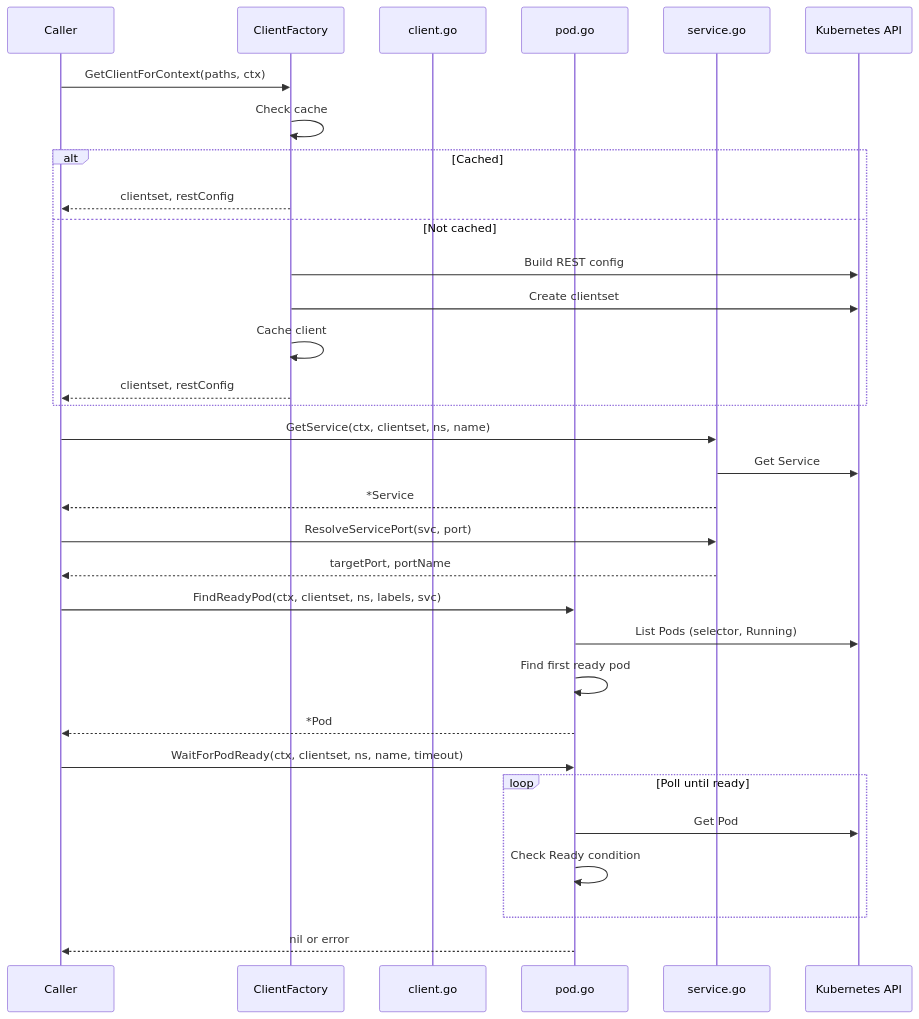
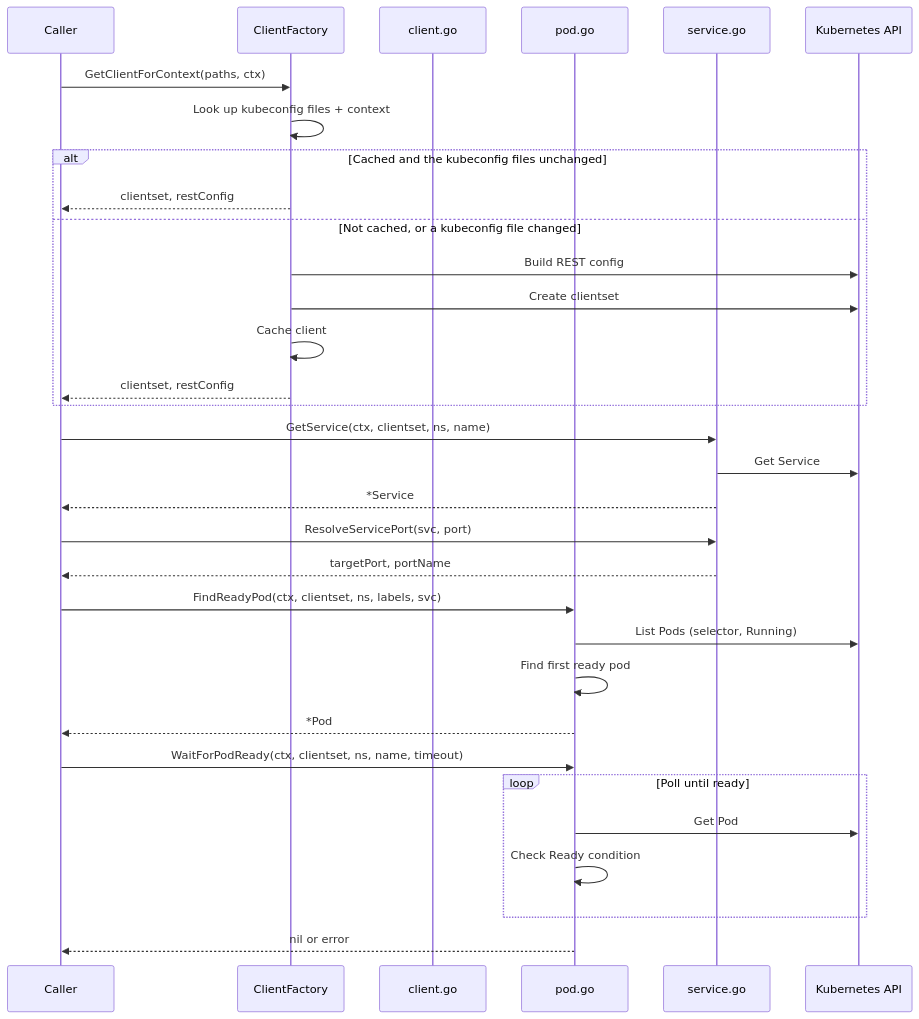
Diagram 11 of 11 in internal/README.md (atas/autotunnel), drawn with Mermaid before and after one commit. The commit also changed other lines of this file and 18 other files, not shown here.

````diff
--- a/internal/README.md
+++ b/internal/README.md
@@ -472,39 +472,39 @@
 ```mermaid
 sequenceDiagram
     participant caller as Caller
     participant cf as ClientFactory
     participant client as client.go
     participant pod as pod.go
     participant svc as service.go
     participant k8s as Kubernetes API
 
     caller->>cf: GetClientForContext(paths, ctx)
-    cf->>cf: Check cache
-    alt Cached
+    cf->>cf: Look up kubeconfig files + context
+    alt Cached and the kubeconfig files unchanged
         cf-->>caller: clientset, restConfig
-    else Not cached
+    else Not cached, or a kubeconfig file changed
         cf->>k8s: Build REST config
         cf->>k8s: Create clientset
         cf->>cf: Cache client
         cf-->>caller: clientset, restConfig
     end
 
     caller->>svc: GetService(ctx, clientset, ns, name)
     svc->>k8s: Get Service
     svc-->>caller: *Service
 
     caller->>svc: ResolveServicePort(svc, port)
     svc-->>caller: targetPort, portName
 
     caller->>pod: FindReadyPod(ctx, clientset, ns, labels, svc)
     pod->>k8s: List Pods (selector, Running)
     pod->>pod: Find first ready pod
     pod-->>caller: *Pod
 
     caller->>pod: WaitForPodReady(ctx, clientset, ns, name, timeout)
     loop Poll until ready
         pod->>k8s: Get Pod
         pod->>pod: Check Ready condition
     end
     pod-->>caller: nil or error
 ```
````
